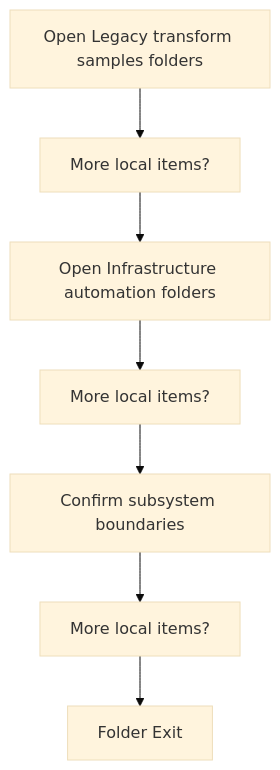
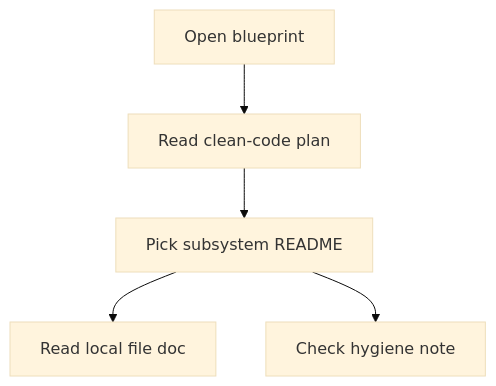
The diagram in docs/Codebase/README.md (JohnAndrewBalbarosa/NeoTerritory), drawn with Mermaid (base theme) before and after one commit. The commit also changed other lines of this file and 75 other files, not shown here.

````diff
--- a/docs/Codebase/README.md
+++ b/docs/Codebase/README.md
@@ -48,16 +9,10 @@
 ```mermaid
 flowchart TD
-    N0["Open Legacy transform samples folders"]
-    N1["More local items?"]
-    N2["Open Infrastructure automation folders"]
-    N3["More local items?"]
-    N4["Confirm subsystem boundaries"]
-    N5["More local items?"]
-    N6["Folder Exit"]
-    N0 --> N1
-    N1 --> N2
-    N2 --> N3
-    N3 --> N4
-    N4 --> N5
-    N5 --> N6
+    A["Open blueprint"]
+    B["Read clean-code plan"]
+    C["Pick subsystem README"]
+    D["Read local file doc"]
+    E["Check hygiene note"]
+    A --> B --> C --> D
+    C --> E
 ```
````
